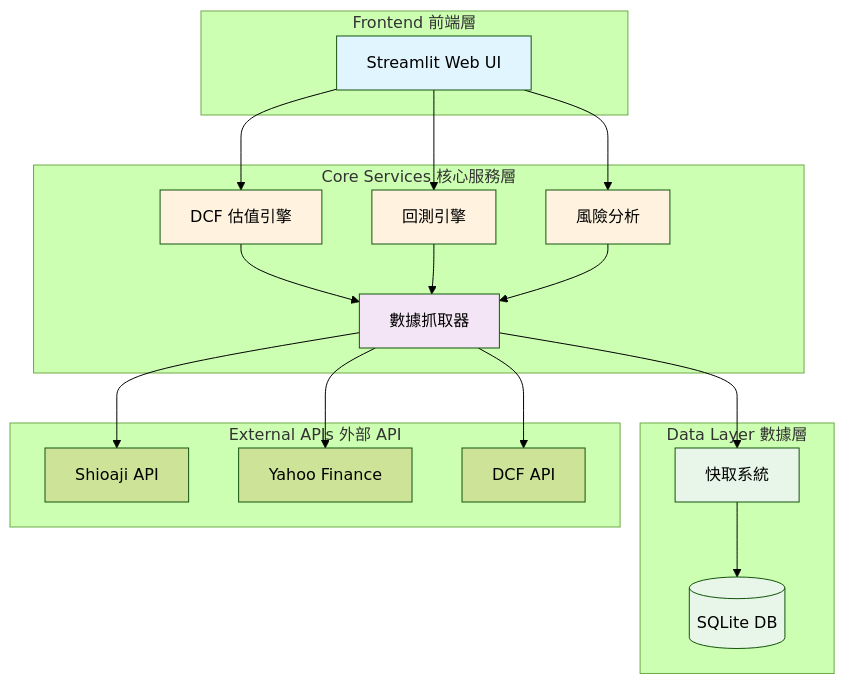
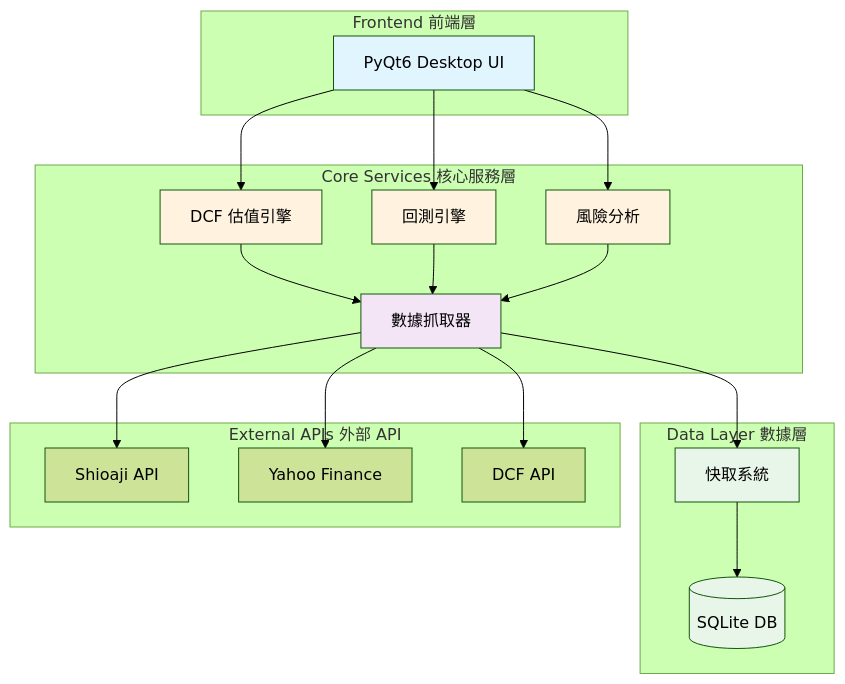
Before and after one commit to Jnocode/JoJoTrading: the first of 2 diagrams in README.md, drawn with Mermaid (forest theme). The commit also changed other lines of this file and 20197 other files, not shown here.

````diff
--- a/README.md
+++ b/README.md
@@ -47,47 +47,47 @@
 ```mermaid
 graph TB
     subgraph "Frontend 前端層"
-        UI[Streamlit Web UI]
+        UI[PyQt6 Desktop UI]
     end
     
     subgraph "Core Services 核心服務層"
         DCF[DCF 估值引擎]
         BT[回測引擎]
         RA[風險分析]
         DF[數據抓取器]
     end
     
     subgraph "Data Layer 數據層"
         DB[(SQLite DB)]
         CACHE[快取系統]
     end
     
     subgraph "External APIs 外部 API"
         SHIOAJI[Shioaji API]
         YAHOO[Yahoo Finance]
         DCF_API[DCF API]
     end
     
     UI --> DCF
     UI --> BT
     UI --> RA
     
     DCF --> DF
     BT --> DF
     RA --> DF
     
     DF --> CACHE
     CACHE --> DB
     
     DF --> SHIOAJI
     DF --> YAHOO
     DF --> DCF_API
     
     style UI fill:#e1f5ff
     style DCF fill:#fff3e0
     style BT fill:#fff3e0
     style RA fill:#fff3e0
     style DF fill:#f3e5f5
     style DB fill:#e8f5e9
     style CACHE fill:#e8f5e9
 ```
````
